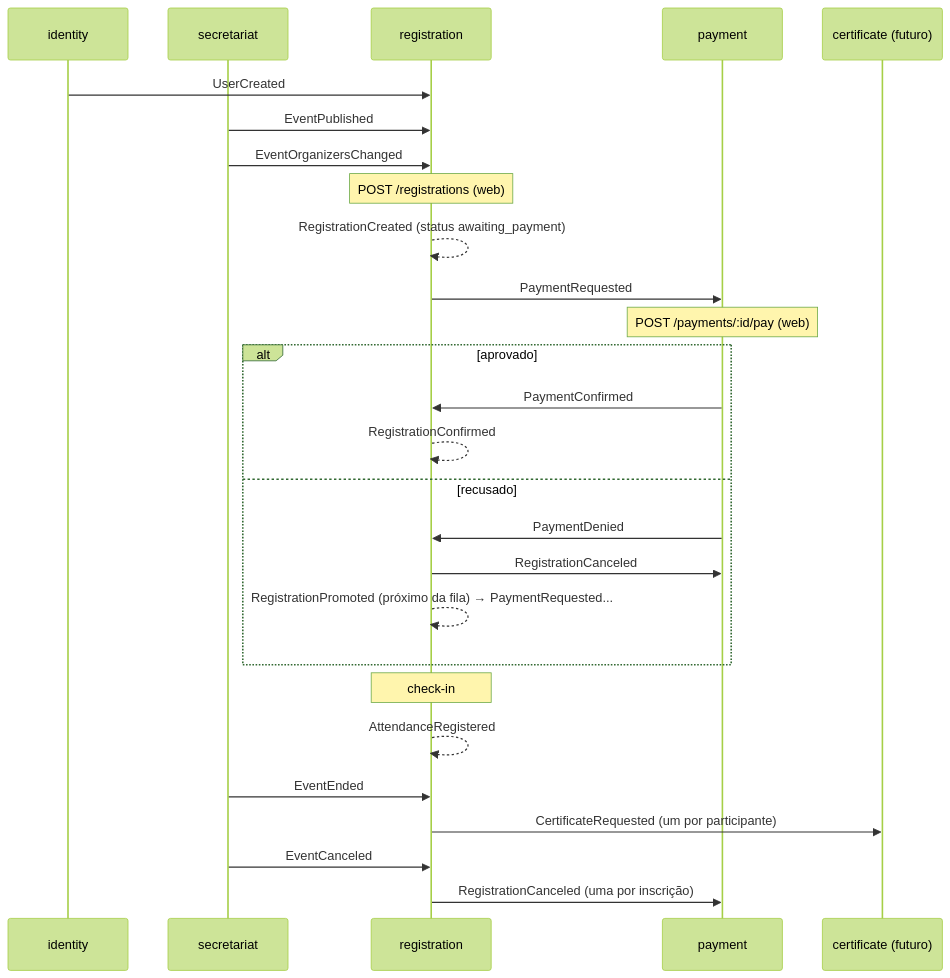
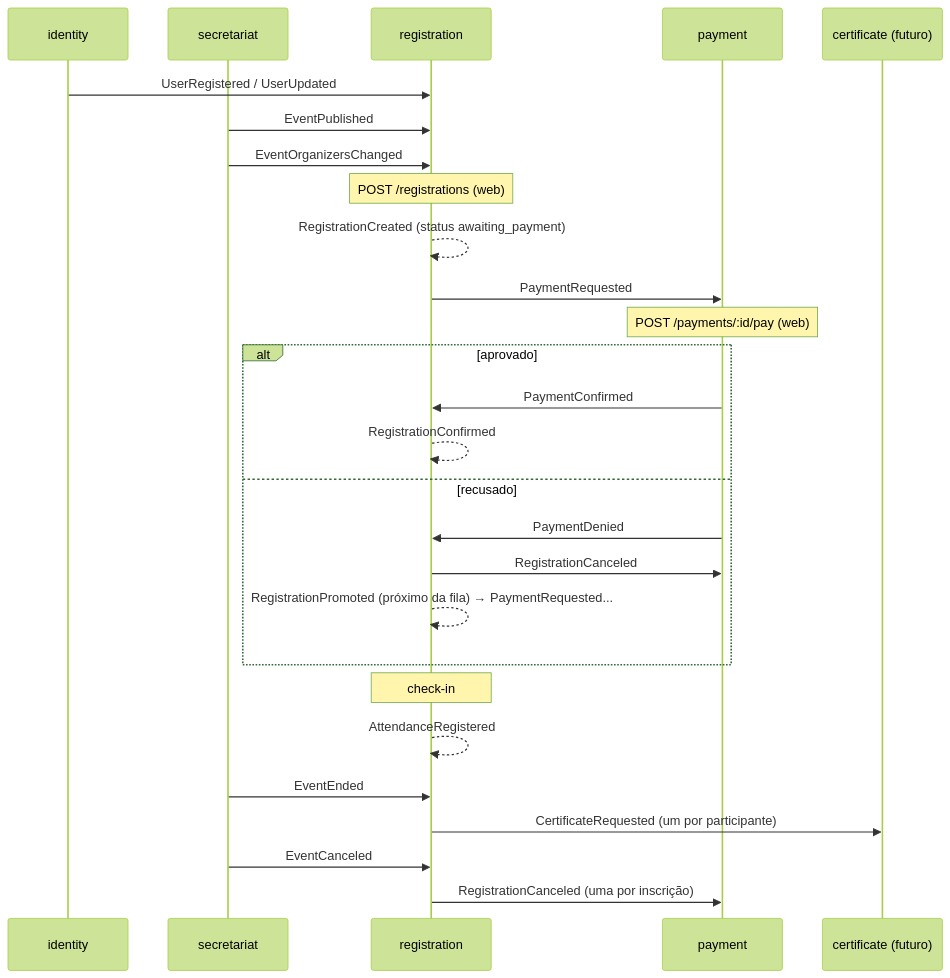
Before and after one commit to macaroots/EventHub: the diagram in microservices/contracts/README.md, drawn with Mermaid (forest theme). The commit also changed other lines of this file and 36 other files, not shown here.

````diff
--- a/microservices/contracts/README.md
+++ b/microservices/contracts/README.md
@@ -84,30 +85,30 @@
 ```mermaid
 sequenceDiagram
     participant I as identity
     participant S as secretariat
     participant R as registration
     participant P as payment
     participant C as certificate (futuro)
 
-    I->>R: UserCreated
+    I->>R: UserRegistered / UserUpdated
     S->>R: EventPublished
     S->>R: EventOrganizersChanged
     Note over R: POST /registrations (web)
     R-->>R: RegistrationCreated (status awaiting_payment)
     R->>P: PaymentRequested
     Note over P: POST /payments/:id/pay (web)
     alt aprovado
         P->>R: PaymentConfirmed
         R-->>R: RegistrationConfirmed
     else recusado
         P->>R: PaymentDenied
         R->>P: RegistrationCanceled
         R-->>R: RegistrationPromoted (próximo da fila) → PaymentRequested...
     end
     Note over R: check-in
     R-->>R: AttendanceRegistered
     S->>R: EventEnded
     R->>C: CertificateRequested (um por participante)
     S->>R: EventCanceled
     R->>P: RegistrationCanceled (uma por inscrição)
 ```
````
